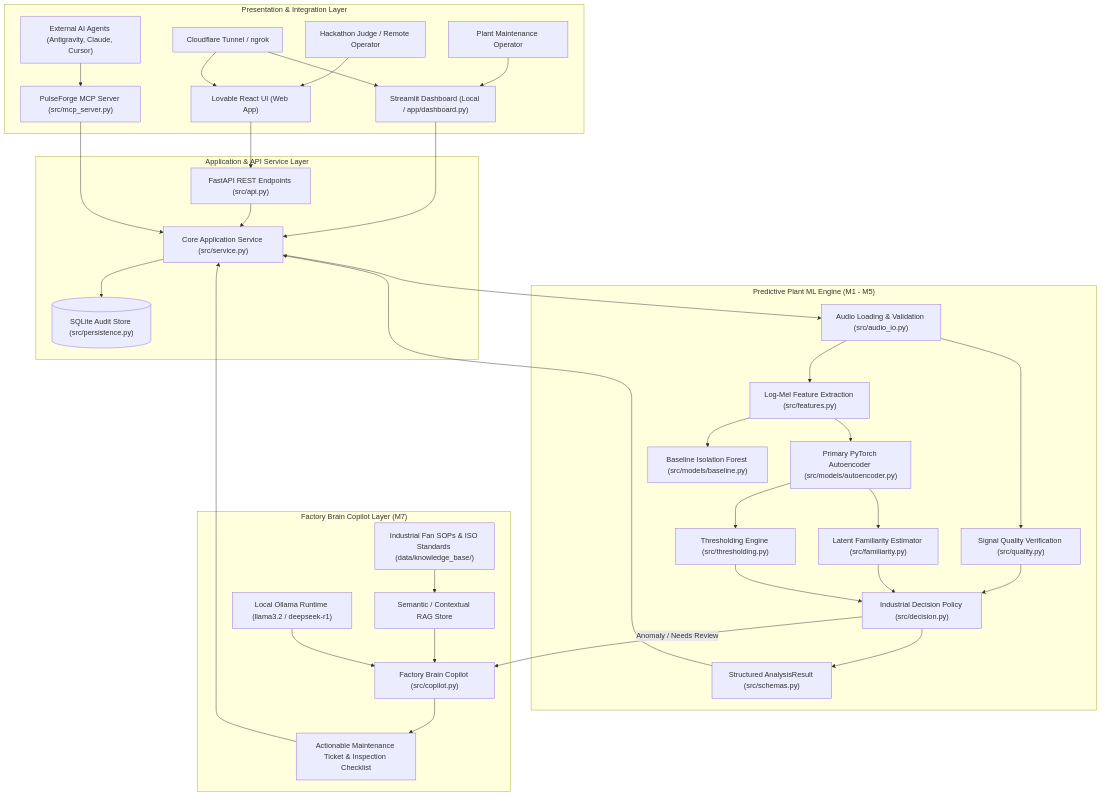
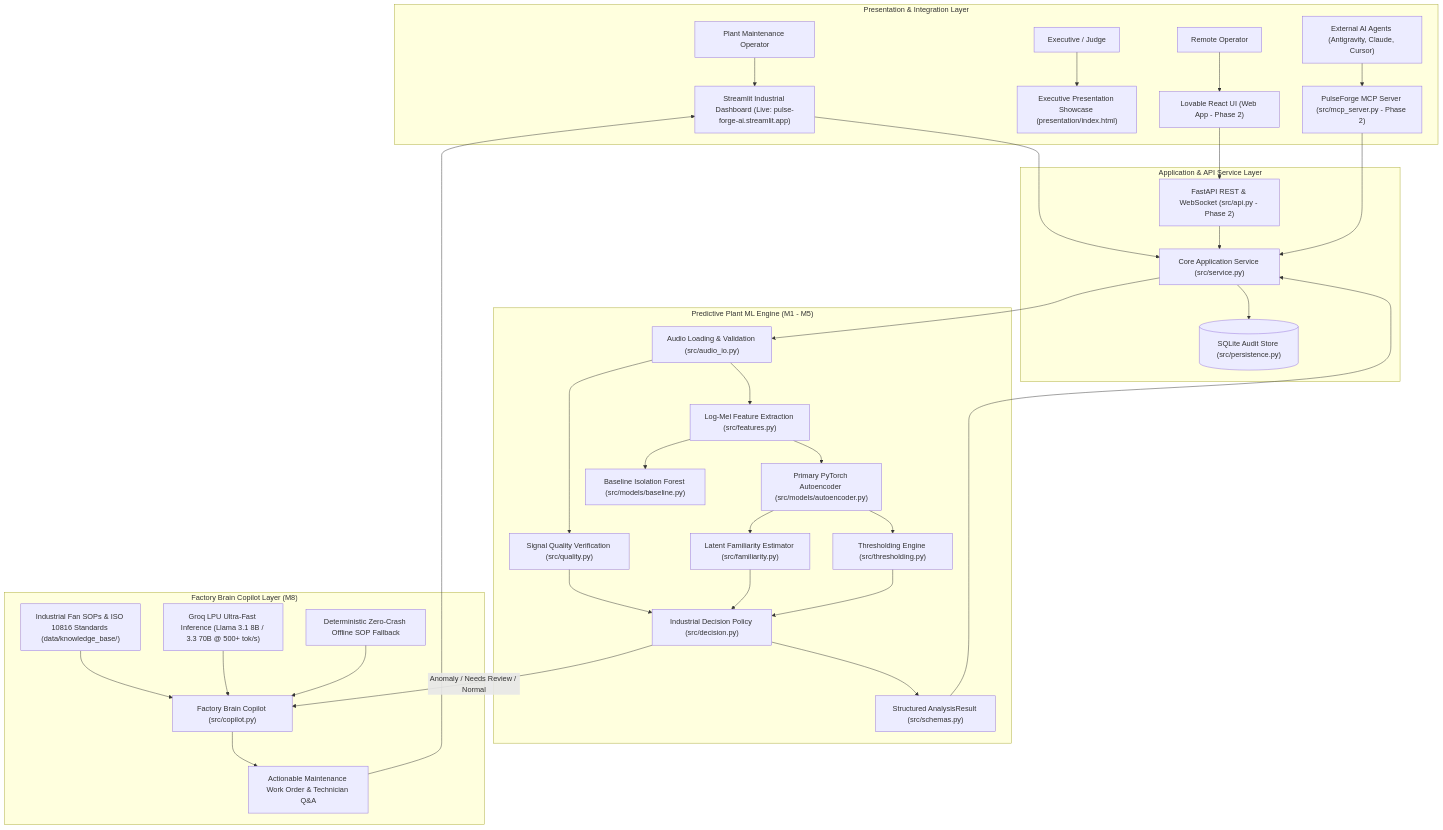
One commit to tamzid1103/Pulse-Forge-Ai changed the first of 3 diagrams in docs/SYSTEM_ARCHITECTURE.md. Above: the diagram before and after it, drawn with Mermaid. The commit also changed other lines of this file and 10 other files, not shown here.

````diff
--- a/docs/SYSTEM_ARCHITECTURE.md
+++ b/docs/SYSTEM_ARCHITECTURE.md
@@ -11,42 +11,41 @@
 ```mermaid
 flowchart TD
     subgraph Clients["Presentation & Integration Layer"]
-        U1["Plant Maintenance Operator"] --> ST["Streamlit Dashboard (Local / app/dashboard.py)"]
-        U2["Hackathon Judge / Remote Operator"] --> LV["Lovable React UI (Web App)"]
-        CFT["Cloudflare Tunnel / ngrok"] --> ST
-        CFT --> LV
-        AGT["External AI Agents (Antigravity, Claude, Cursor)"] --> MCP["PulseForge MCP Server (src/mcp_server.py)"]
+        U1["Plant Maintenance Operator"] --> ST["Streamlit Industrial Dashboard (Live: pulse-forge-ai.streamlit.app)"]
+        U2["Executive / Judge"] --> PRS["Executive Presentation Showcase (presentation/index.html)"]
+        U3["Remote Operator"] --> LV["Lovable React UI (Web App - Phase 2)"]
+        AGT["External AI Agents (Antigravity, Claude, Cursor)"] --> MCP["PulseForge MCP Server (src/mcp_server.py - Phase 2)"]
     end
 
     subgraph ServiceLayer["Application & API Service Layer"]
         ST --> SVC["Core Application Service (src/service.py)"]
-        LV --> API["FastAPI REST Endpoints (src/api.py)"]
+        LV --> API["FastAPI REST & WebSocket (src/api.py - Phase 2)"]
         API --> SVC
         MCP --> SVC
         SVC --> DB[("SQLite Audit Store (src/persistence.py)")]
     end
 
     subgraph CoreEngine["Predictive Plant ML Engine (M1 - M5)"]
         SVC --> AIO["Audio Loading & Validation (src/audio_io.py)"]
         AIO --> QC["Signal Quality Verification (src/quality.py)"]
         AIO --> FEAT["Log-Mel Feature Extraction (src/features.py)"]
         FEAT --> AE["Primary PyTorch Autoencoder (src/models/autoencoder.py)"]
         FEAT --> BL["Baseline Isolation Forest (src/models/baseline.py)"]
         AE --> FAM["Latent Familiarity Estimator (src/familiarity.py)"]
         AE --> THR["Thresholding Engine (src/thresholding.py)"]
         QC --> DEC["Industrial Decision Policy (src/decision.py)"]
         FAM --> DEC
         THR --> DEC
         DEC --> RES["Structured AnalysisResult (src/schemas.py)"]
         RES --> SVC
     end
 
-    subgraph CopilotLayer["Factory Brain Copilot Layer (M7)"]
-        DEC -- "Anomaly / Needs Review" --> COP["Factory Brain Copilot (src/copilot.py)"]
-        KB["Industrial Fan SOPs & ISO Standards (data/knowledge_base/)"] --> RAG["Semantic / Contextual RAG Store"]
-        RAG --> COP
-        OLL["Local Ollama Runtime (llama3.2 / deepseek-r1)"] --> COP
-        COP --> WO["Actionable Maintenance Ticket & Inspection Checklist"]
-        WO --> SVC
+    subgraph CopilotLayer["Factory Brain Copilot Layer (M8)"]
+        DEC -- "Anomaly / Needs Review / Normal" --> COP["Factory Brain Copilot (src/copilot.py)"]
+        KB["Industrial Fan SOPs & ISO 10816 Standards (data/knowledge_base/)"] --> COP
+        GRQ["Groq LPU Ultra-Fast Inference (Llama 3.1 8B / 3.3 70B @ 500+ tok/s)"] --> COP
+        DET["Deterministic Zero-Crash Offline SOP Fallback"] --> COP
+        COP --> WO["Actionable Maintenance Work Order & Technician Q&A"]
+        WO --> ST
     end
 ```
````
